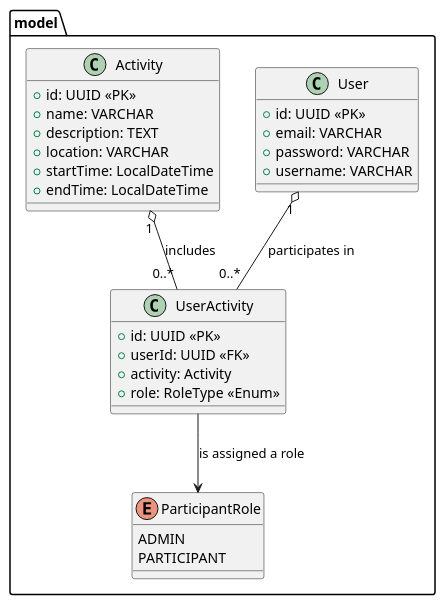
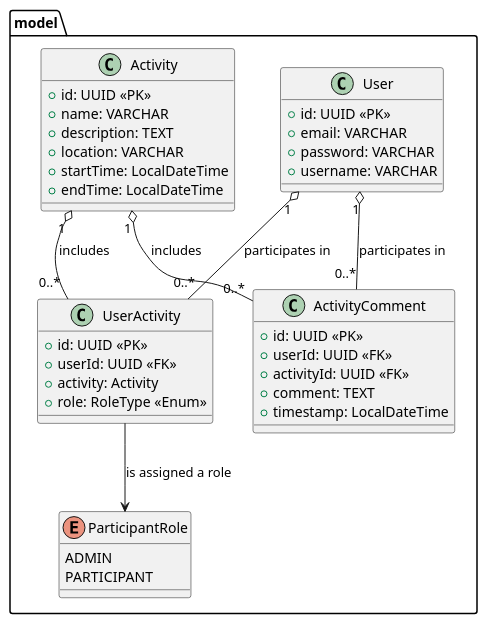
One commit to BUMETCS673/CS673OLSum25Team1 changed the diagram in misc/DatabaseDiagram.puml. Above: the diagram before and after it, drawn with PlantUML. The commit also changed 11 other files, not shown here.

```diff
--- a/misc/DatabaseDiagram.puml
+++ b/misc/DatabaseDiagram.puml
@@ -1,39 +1,49 @@
 @startuml
 package model {
 
     class User {
         +id: UUID <<PK>>
         +email: VARCHAR
         +password: VARCHAR
         +username: VARCHAR
     }
 
     enum ParticipantRole {
         ADMIN
         PARTICIPANT
     }
 
     class Activity {
         +id: UUID <<PK>>
         +name: VARCHAR
         +description: TEXT
         +location: VARCHAR
         +startTime: LocalDateTime
         +endTime: LocalDateTime
     }
 
     class UserActivity {
         +id: UUID <<PK>>
         +userId: UUID <<FK>>
         +activity: Activity
         +role: RoleType <<Enum>>
     }
+
+    class ActivityComment {
+        +id: UUID <<PK>>
+        +userId: UUID <<FK>>
+        +activityId: UUID <<FK>>
+        +comment: TEXT
+        +timestamp: LocalDateTime
+    }
 }
 
     'Relationships'
     User "1" o-- "0..*" UserActivity : participates in
     Activity "1" o-- "0..*" UserActivity : includes
     UserActivity --> ParticipantRole : is assigned a role
+    User "1" o-- "0..*" ActivityComment : participates in
+    Activity "1" o-- "0..*" ActivityComment : includes
 
 }
 @enduml
```
